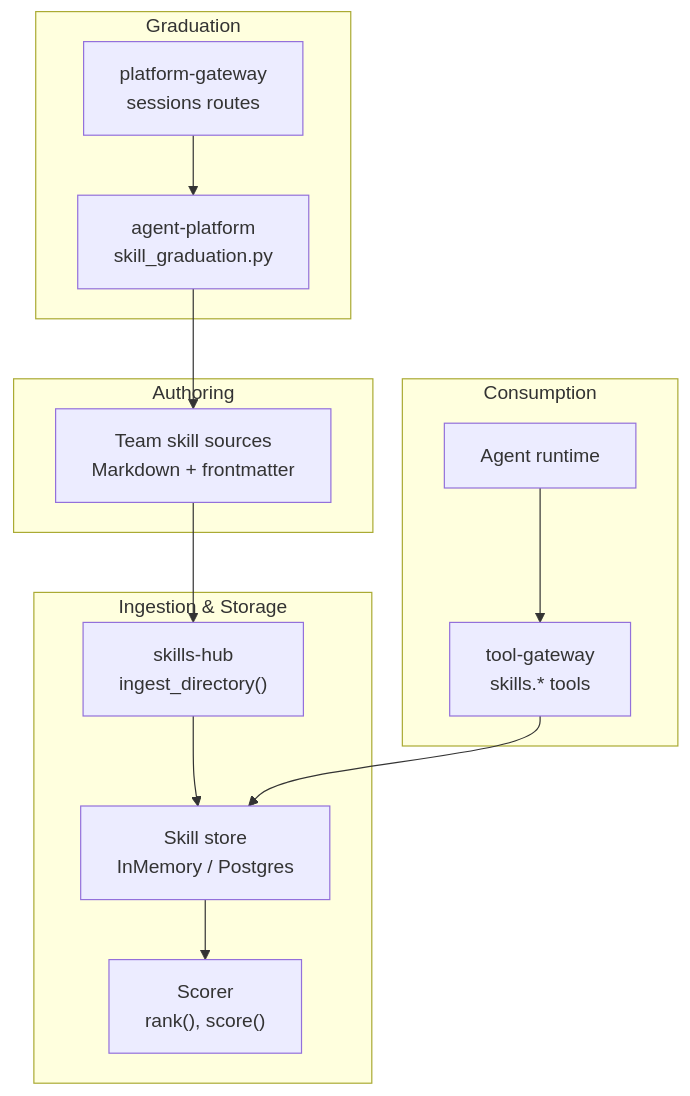
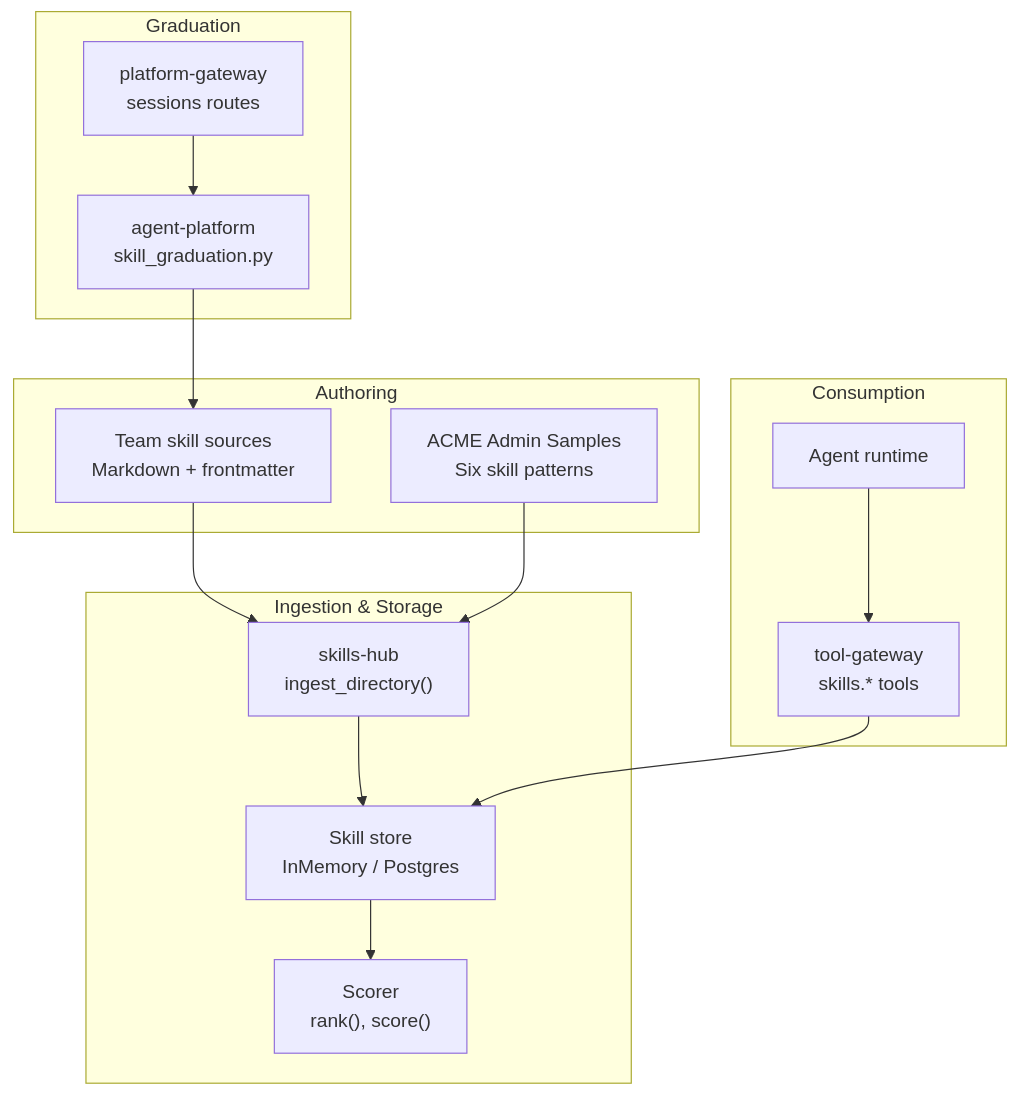
Before and after one commit to metasync/luban-aiops: the first of 9 diagrams in .qoder/repowiki/en/content/Skills and Operational Guidance/Skills and Operational Guidance.md, drawn with Mermaid. The commit also changed other lines of this file and 102 other files, not shown here.

````diff
--- a/.qoder/repowiki/en/content/Skills and Operational Guidance/Skills and Operational Guidance.md
+++ b/.qoder/repowiki/en/content/Skills and Operational Guidance/Skills and Operational Guidance.md
@@ -45,25 +62,27 @@
 ```mermaid
 graph TB
 subgraph "Authoring"
 A["Team skill sources<br/>Markdown + frontmatter"]
+B["ACME Admin Samples<br/>Six skill patterns"]
 end
 subgraph "Ingestion & Storage"
-B["skills-hub<br/>ingest_directory()"]
-C["Skill store<br/>InMemory / Postgres"]
-D["Scorer<br/>rank(), score()"]
+C["skills-hub<br/>ingest_directory()"]
+D["Skill store<br/>InMemory / Postgres"]
+E["Scorer<br/>rank(), score()"]
 end
 subgraph "Consumption"
-E["tool-gateway<br/>skills.* tools"]
-F["Agent runtime"]
+F["tool-gateway<br/>skills.* tools"]
+G["Agent runtime"]
 end
 subgraph "Graduation"
-G["agent-platform<br/>skill_graduation.py"]
-H["platform-gateway<br/>sessions routes"]
+H["agent-platform<br/>skill_graduation.py"]
+I["platform-gateway<br/>sessions routes"]
 end
-A --> B --> C
-C --> D
-E --> C
-F --> E
-H --> G
-G --> A
+A --> C --> D
+B --> C
+D --> E
+F --> D
+G --> F
+I --> H
+H --> A
 ```
````
